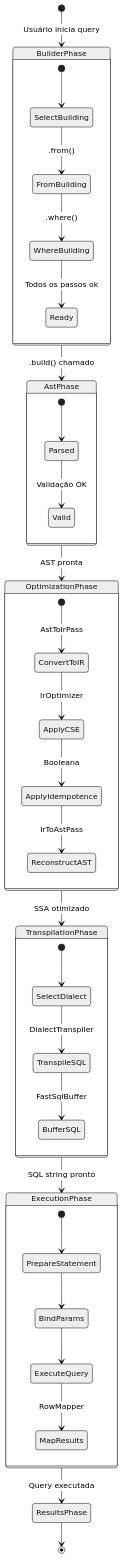
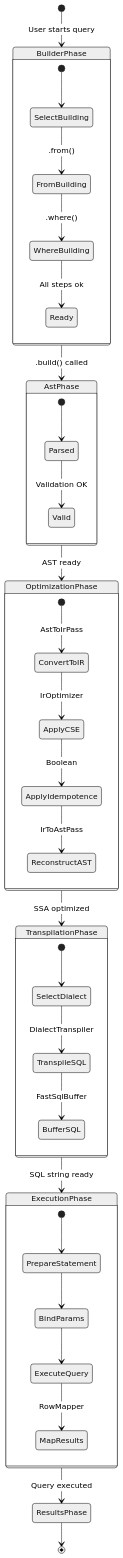
One commit to Bare-Sql-Engine/bare-sql-java changed diagram 14 of 15 in DOCUMENTACAO.md. Above: the diagram before and after it, drawn with Mermaid (neutral theme). The commit also changed other lines of this file and 1 other file, not shown here.

````diff
--- a/DOCUMENTACAO.md
+++ b/DOCUMENTACAO.md
@@ -754,43 +754,43 @@
 ```mermaid
 stateDiagram-v2
-    [*] --> BuilderPhase: Usuário inicia query
+    [*] --> BuilderPhase: User starts query
     
-    BuilderPhase --> AstPhase: .build() chamado
+    BuilderPhase --> AstPhase: .build() called
     state BuilderPhase {
         [*] --> SelectBuilding
         SelectBuilding --> FromBuilding: .from()
         FromBuilding --> WhereBuilding: .where()
-        WhereBuilding --> Ready: Todos os passos ok
+        WhereBuilding --> Ready: All steps ok
     }
     
-    AstPhase --> OptimizationPhase: AST pronta
+    AstPhase --> OptimizationPhase: AST ready
     state AstPhase {
         [*] --> Parsed
-        Parsed --> Valid: Validação OK
+        Parsed --> Valid: Validation OK
     }
     
-    OptimizationPhase --> TranspilationPhase: SSA otimizado
+    OptimizationPhase --> TranspilationPhase: SSA optimized
     state OptimizationPhase {
         [*] --> ConvertToIR: AstToIrPass
         ConvertToIR --> ApplyCSE: IrOptimizer
-        ApplyCSE --> ApplyIdempotence: Booleana
+        ApplyCSE --> ApplyIdempotence: Boolean
         ApplyIdempotence --> ReconstructAST: IrToAstPass
     }
     
-    TranspilationPhase --> ExecutionPhase: SQL string pronto
+    TranspilationPhase --> ExecutionPhase: SQL string ready
     state TranspilationPhase {
         [*] --> SelectDialect
         SelectDialect --> TranspileSQL: DialectTranspiler
         TranspileSQL --> BufferSQL: FastSqlBuffer
     }
     
-    ExecutionPhase --> ResultsPhase: Query executada
+    ExecutionPhase --> ResultsPhase: Query executed
     state ExecutionPhase {
         [*] --> PrepareStatement
         PrepareStatement --> BindParams
         BindParams --> ExecuteQuery
         ExecuteQuery --> MapResults: RowMapper
     }
     
     ResultsPhase --> [*]
 ```
````
